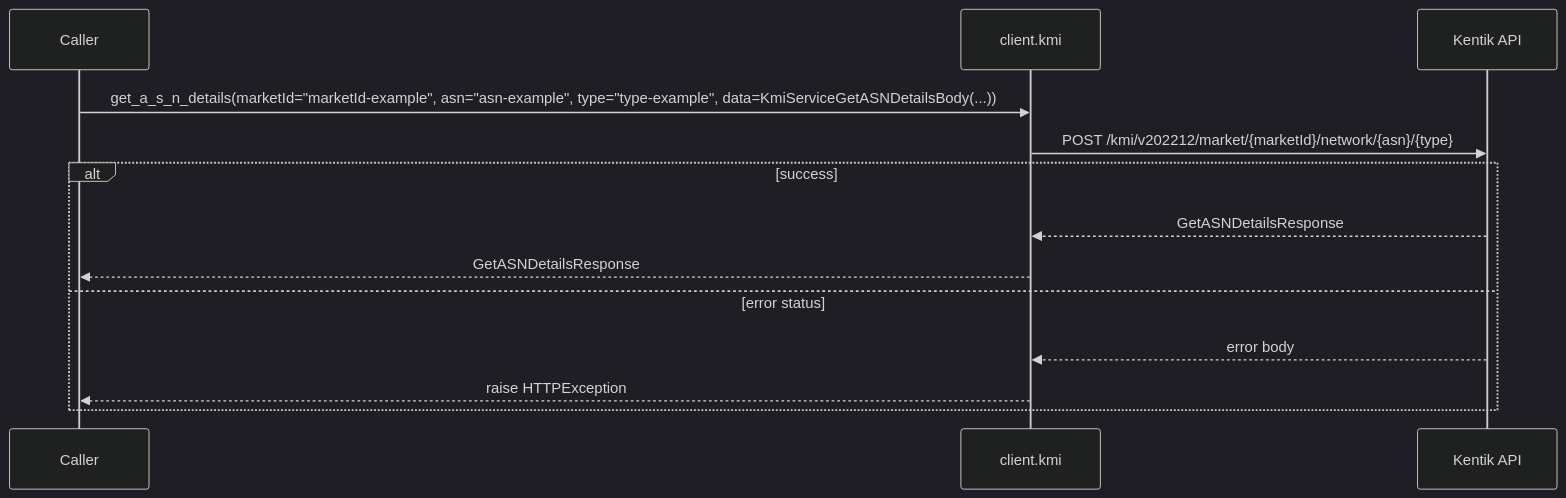
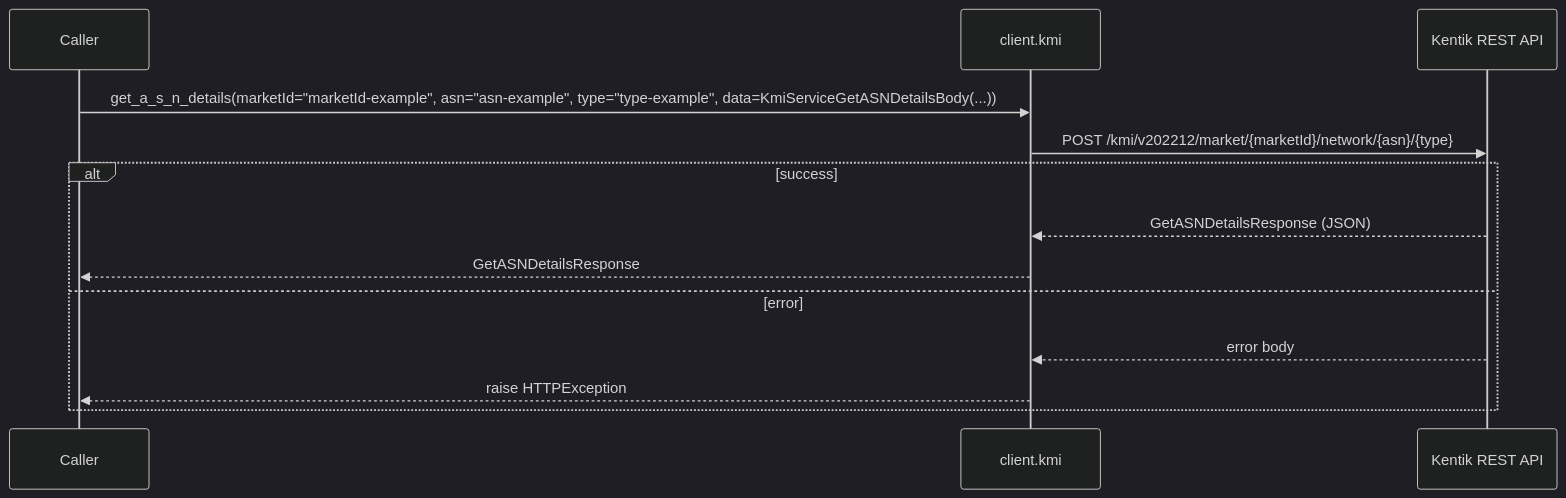
The sixth of 12 diagrams in docs/sphinx/services/kmi.md (alexdearaujo/community_sdk_python), drawn with Mermaid (dark theme) before and after one commit. The commit also changed other lines of this file and 61 other files, not shown here.

````diff
--- a/docs/sphinx/services/kmi.md
+++ b/docs/sphinx/services/kmi.md
@@ -142,16 +194,16 @@
 ```mermaid
 sequenceDiagram
     participant C as Caller
     participant W as client.kmi
-    participant API as Kentik API
+    participant API as Kentik REST API
 
     C->>W: get_a_s_n_details(marketId="marketId-example", asn="asn-example", type="type-example", data=KmiServiceGetASNDetailsBody(...))
     W->>API: POST /kmi/v202212/market/{marketId}/network/{asn}/{type}
     alt success
-        API-->>W: GetASNDetailsResponse
+        API-->>W: GetASNDetailsResponse (JSON)
         W-->>C: GetASNDetailsResponse
-    else error status
+    else error
         API-->>W: error body
         W-->>C: raise HTTPException
     end
 ```
````
